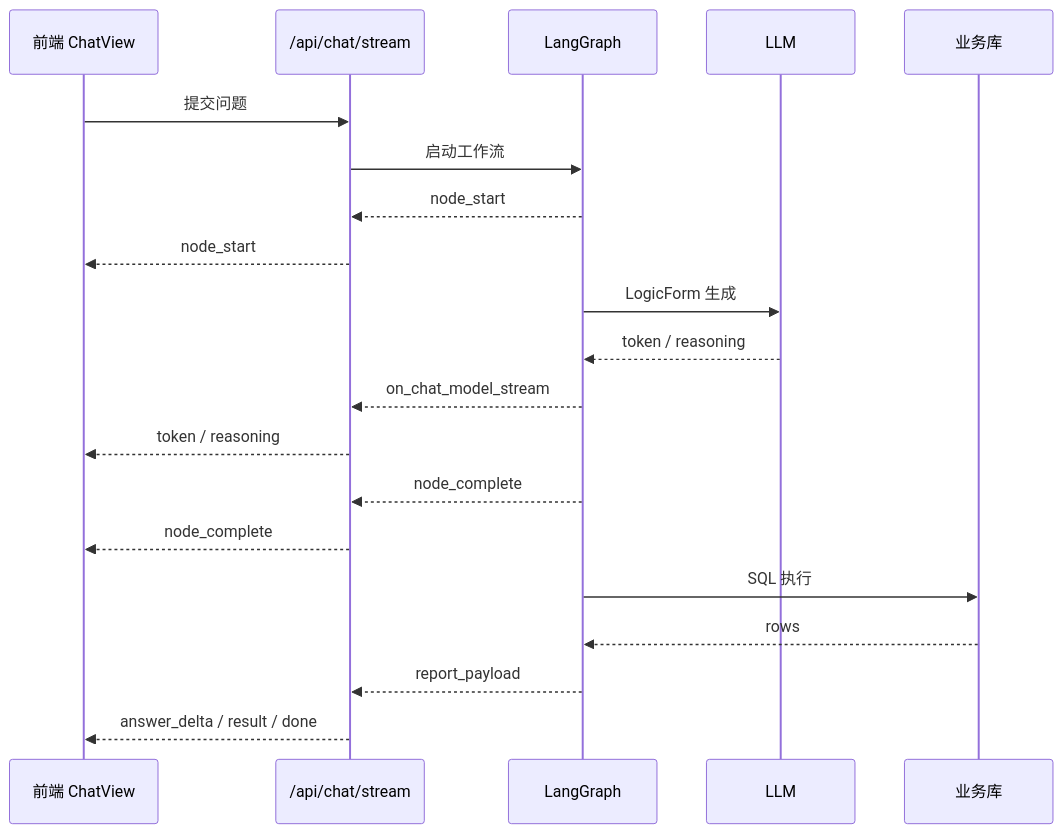
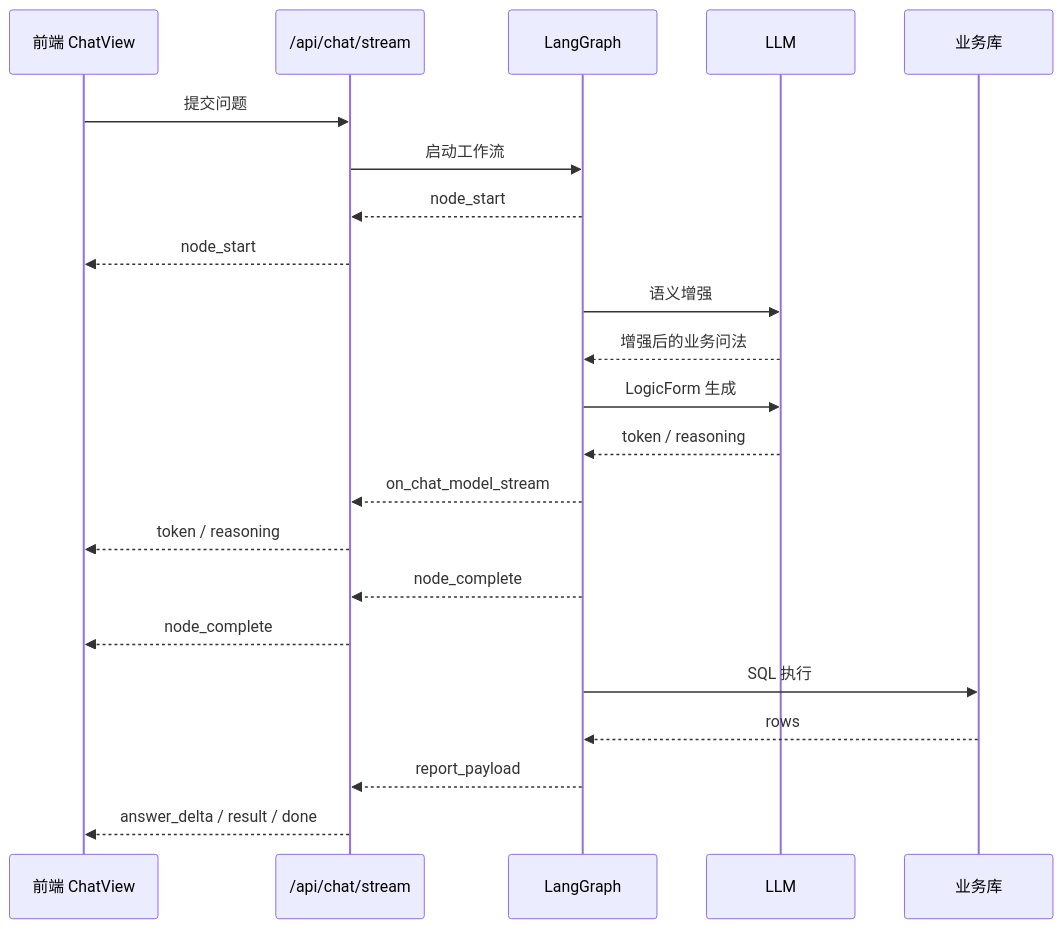
The sixth of 6 diagrams in docs/project-design.md (TtonyLiang/data-agent), drawn with Mermaid before and after one commit. The commit also changed other lines of this file and 20 other files, not shown here.

````diff
--- a/docs/project-design.md
+++ b/docs/project-design.md
@@ -222,23 +226,25 @@
 ```mermaid
 sequenceDiagram
   participant FE as 前端 ChatView
   participant API as /api/chat/stream
   participant G as LangGraph
   participant LLM as LLM
   participant DB as 业务库
 
   FE->>API: 提交问题
   API->>G: 启动工作流
   G-->>API: node_start
   API-->>FE: node_start
+  G->>LLM: 语义增强
+  LLM-->>G: 增强后的业务问法
   G->>LLM: LogicForm 生成
   LLM-->>G: token / reasoning
   G-->>API: on_chat_model_stream
   API-->>FE: token / reasoning
   G-->>API: node_complete
   API-->>FE: node_complete
   G->>DB: SQL 执行
   DB-->>G: rows
   G-->>API: report_payload
   API-->>FE: answer_delta / result / done
 ```
````
